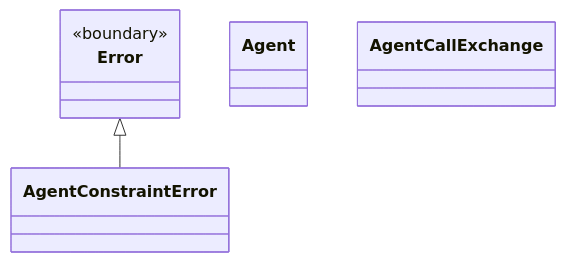
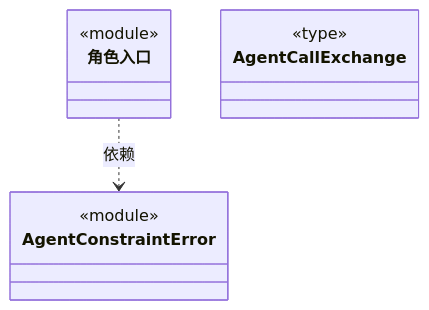
Before and after one commit to nan023062/cbim: the diagram in src/logic/agents/ARCHITECTURE.md, drawn with Mermaid. The commit also changed other lines of this file and 100 other files, not shown here.

````diff
--- a/src/logic/agents/ARCHITECTURE.md
+++ b/src/logic/agents/ARCHITECTURE.md
@@ -23,13 +23,16 @@
 ```mermaid
 classDiagram
-class N_16c5db815f75["AgentConstraintError"]
+class N_6da7b4df4fcf["角色入口"] {
+  <<module>>
+}
+click N_6da7b4df4fcf href "index.ts"
+class N_16c5db815f75["AgentConstraintError"] {
+  <<module>>
+}
 click N_16c5db815f75 href "contracts.ts"
-class N_b7b436f4eeb9["Error"] {
-  <<boundary>>
+class N_d8539b92246b["AgentCallExchange"] {
+  <<type>>
 }
-class N_12ff6b76af3d["Agent"]
-click N_12ff6b76af3d href "agent.ts"
-class N_d8539b92246b["AgentCallExchange"]
 click N_d8539b92246b href "exchange.ts"
-N_b7b436f4eeb9 <|-- N_16c5db815f75
+N_6da7b4df4fcf ..> N_16c5db815f75 : 依赖
 ```
````
